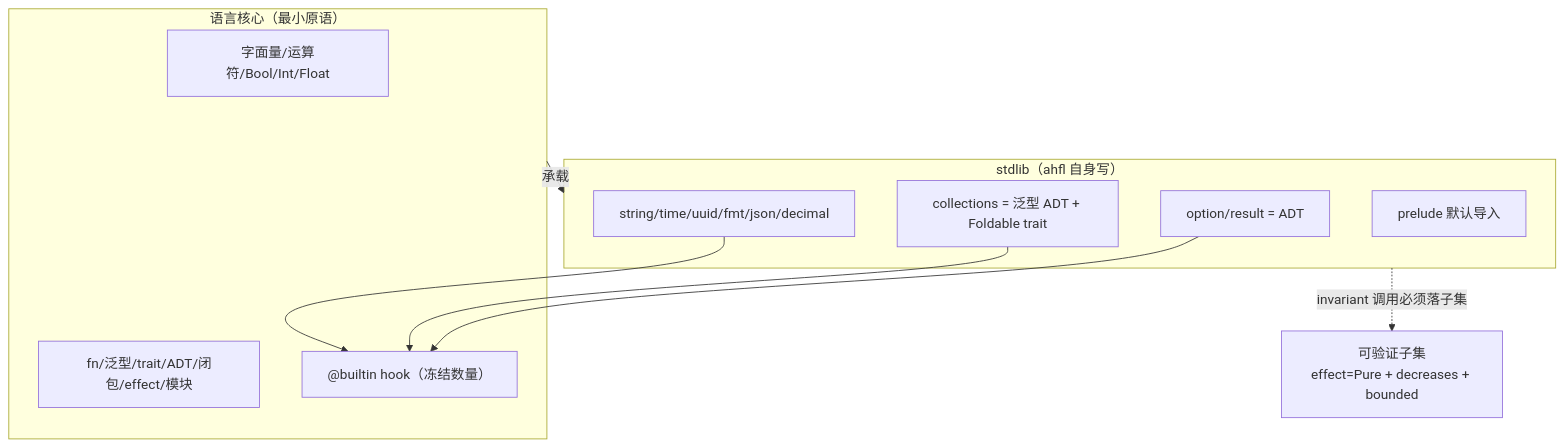
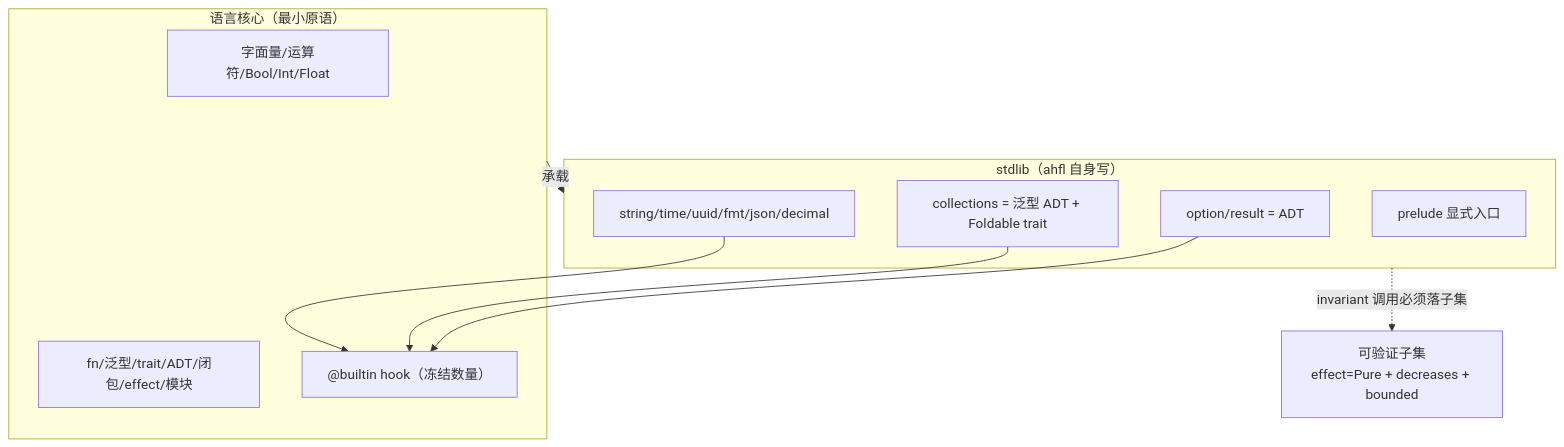
One commit to Zzzode/AHFL changed the first of 2 diagrams in docs/design/corelib-rfc.zh.md. Above: the diagram before and after it, drawn with Mermaid. The commit also changed other lines of this file and 6 other files, not shown here.

````diff
--- a/docs/design/corelib-rfc.zh.md
+++ b/docs/design/corelib-rfc.zh.md
@@ -145,19 +145,19 @@
 ```mermaid
 graph TD
     subgraph Core["语言核心（最小原语）"]
         C1["字面量/运算符/Bool/Int/Float"]
         C2["fn/泛型/trait/ADT/闭包/effect/模块"]
         C3["@builtin hook（冻结数量）"]
     end
     subgraph Std["stdlib（ahfl 自身写）"]
         S1["option/result = ADT"]
         S2["collections = 泛型 ADT + Foldable trait"]
         S3["string/time/uuid/fmt/json/decimal"]
-        S4["prelude 默认导入"]
+        S4["prelude 显式入口"]
     end
     S1 --> C3
     S2 --> C3
     S3 --> C3
     Std -.->|"invariant 调用必须落子集"| V["可验证子集<br/>effect=Pure + decreases + bounded"]
     Core -->|"承载"| Std
 ```
````
